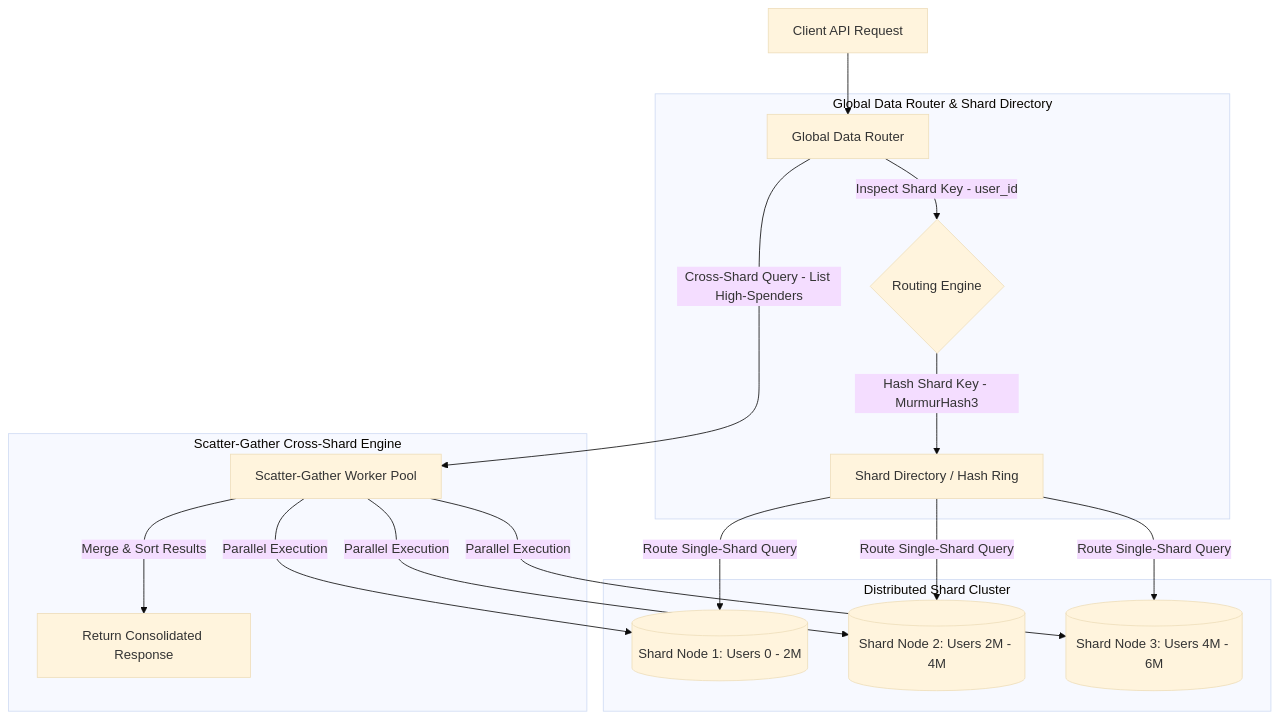
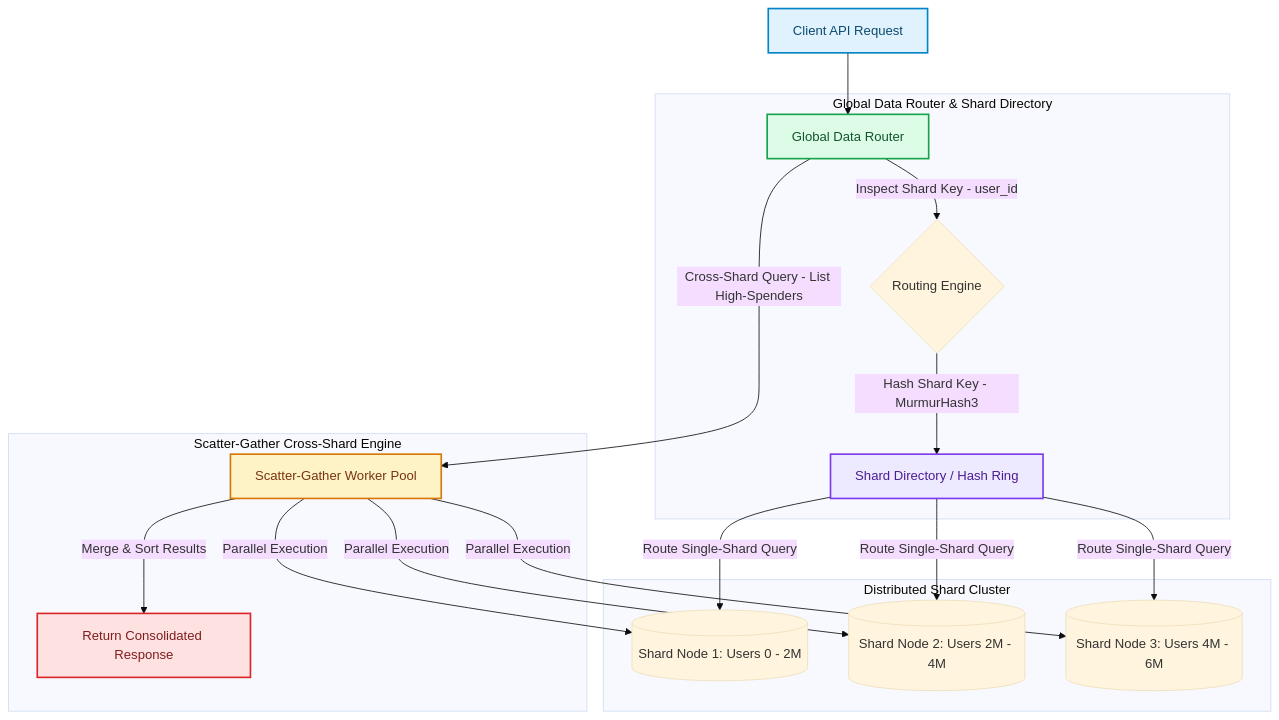
The diagram in blog/posts/database-sharding-horizontal-partitioning-global-data-routing.md (akmalkhaniub/akmalkhaniub.github.io), drawn with Mermaid (base theme) before and after one commit. The commit also changed other lines of this file and 1291 other files, not shown here.

First line of the commit message:
feat(catalog): unique covers, scholarly references, and diagram palettes

````diff
--- a/blog/posts/database-sharding-horizontal-partitioning-global-data-routing.md
+++ b/blog/posts/database-sharding-horizontal-partitioning-global-data-routing.md
@@ -17,23 +17,34 @@
 ```mermaid
 flowchart TD
-  A[Client API Request] --> B[Global Data Router]
+  A["Client API Request"] --> B["Global Data Router"]
   
   subgraph SG1_GlobalDataRouter ["Global Data Router & Shard Directory"]
     B -->|Inspect Shard Key - user_id| C{Routing Engine}
-    C -->|Hash Shard Key - MurmurHash3| D[Shard Directory / Hash Ring]
+    C -->|Hash Shard Key - MurmurHash3| D["Shard Directory / Hash Ring"]
   end
   
   subgraph SG2_DistributedShardCluster ["Distributed Shard Cluster"]
     D -->|Route Single-Shard Query| E[(Shard Node 1: Users 0 - 2M)]
     D -->|Route Single-Shard Query| F[(Shard Node 2: Users 2M - 4M)]
     D -->|Route Single-Shard Query| G[(Shard Node 3: Users 4M - 6M)]
   end
   
   subgraph SG3_ScatterGatherCross ["Scatter-Gather Cross-Shard Engine"]
-    B -->|Cross-Shard Query - List High-Spenders| H[Scatter-Gather Worker Pool]
+    B -->|Cross-Shard Query - List High-Spenders| H["Scatter-Gather Worker Pool"]
     H -->|Parallel Execution| E
     H -->|Parallel Execution| F
     H -->|Parallel Execution| G
-    H -->|Merge & Sort Results| I[Return Consolidated Response]
+    H -->|Merge & Sort Results| I["Return Consolidated Response"]
   end
+
+classDef green fill:#dcfce7,stroke:#16a34a,stroke-width:2px,color:#14532d;
+classDef red fill:#fee2e2,stroke:#dc2626,stroke-width:2px,color:#7f1d1d;
+classDef blue fill:#e0f2fe,stroke:#0284c7,stroke-width:2px,color:#0c4a6e;
+classDef yellow fill:#fef3c7,stroke:#d97706,stroke-width:2px,color:#78350f;
+classDef purple fill:#ede9fe,stroke:#7c3aed,stroke-width:2px,color:#4c1d95;
+class A blue
+class B green
+class D purple
+class H yellow
+class I red
 ```
````
